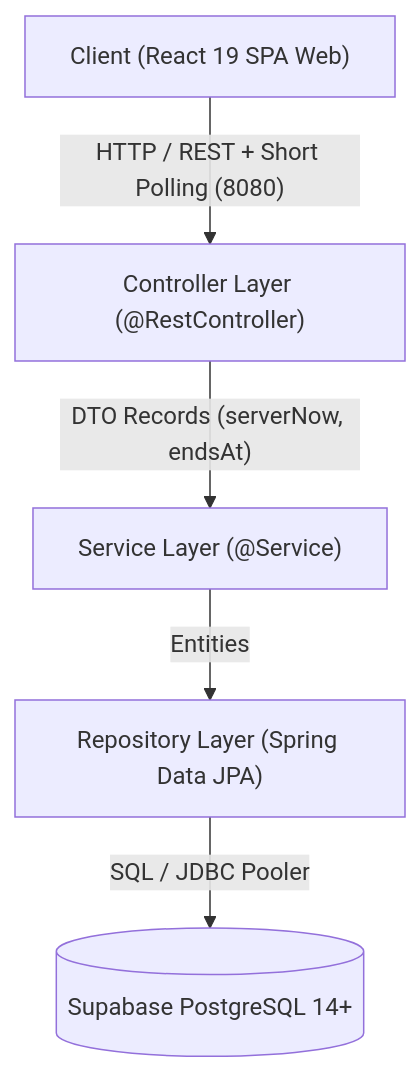
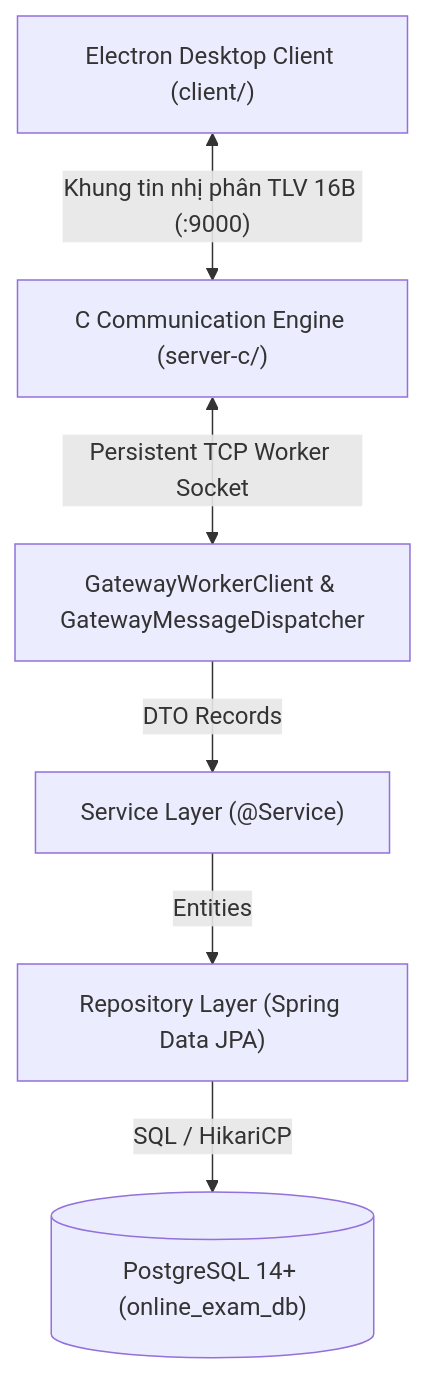
The diagram in server/README.md (lethanhan01/mooc-clone), drawn with Mermaid before and after one commit. The commit also changed other lines of this file and 43 other files, not shown here.

````diff
--- a/server/README.md
+++ b/server/README.md
@@ -190,10 +96,9 @@
 ```mermaid
 graph TD
-    Client["Client (React 19 SPA Web)"]
-    Client -->|"HTTP / REST + Short Polling (8080)"| Controller["Controller Layer (@RestController)"]
-
-    Controller -->|"DTO Records (serverNow, endsAt)"| Service["Service Layer (@Service)"]
-
+    Desktop["Electron Desktop Client (client/)"]
+    Desktop <-->|"Khung tin nhị phân TLV 16B (:9000)"| CGateway["C Communication Engine (server-c/)"]
+    CGateway <-->|"Persistent TCP Worker Socket"| Worker["GatewayWorkerClient & GatewayMessageDispatcher"]
+    Worker -->|"DTO Records"| Service["Service Layer (@Service)"]
     Service -->|"Entities"| Repository["Repository Layer (Spring Data JPA)"]
-    Repository -->|"SQL / JDBC Pooler"| Database[("Supabase PostgreSQL 14+")]
+    Repository -->|"SQL / HikariCP"| Database[("PostgreSQL 14+ (online_exam_db)")]
 ```
````
